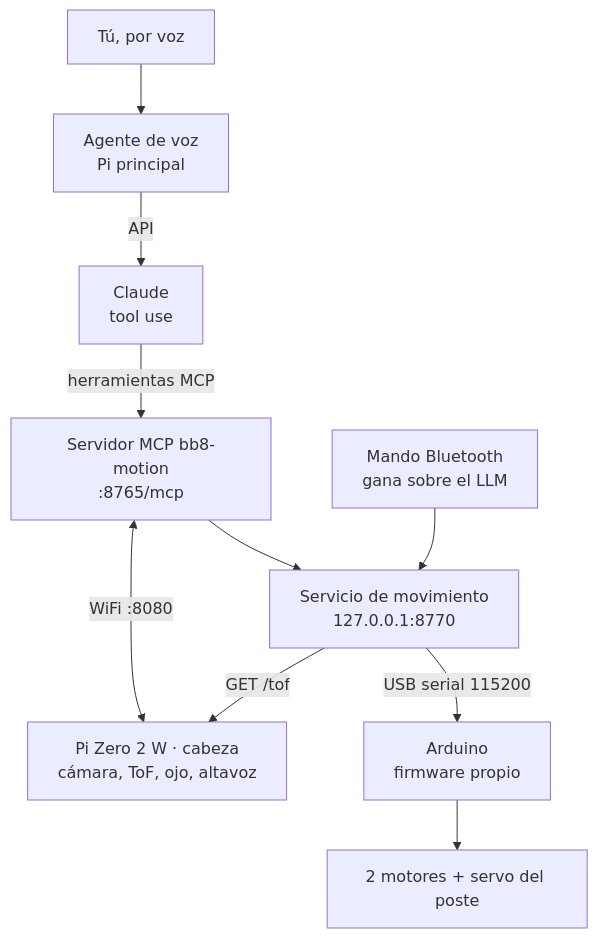
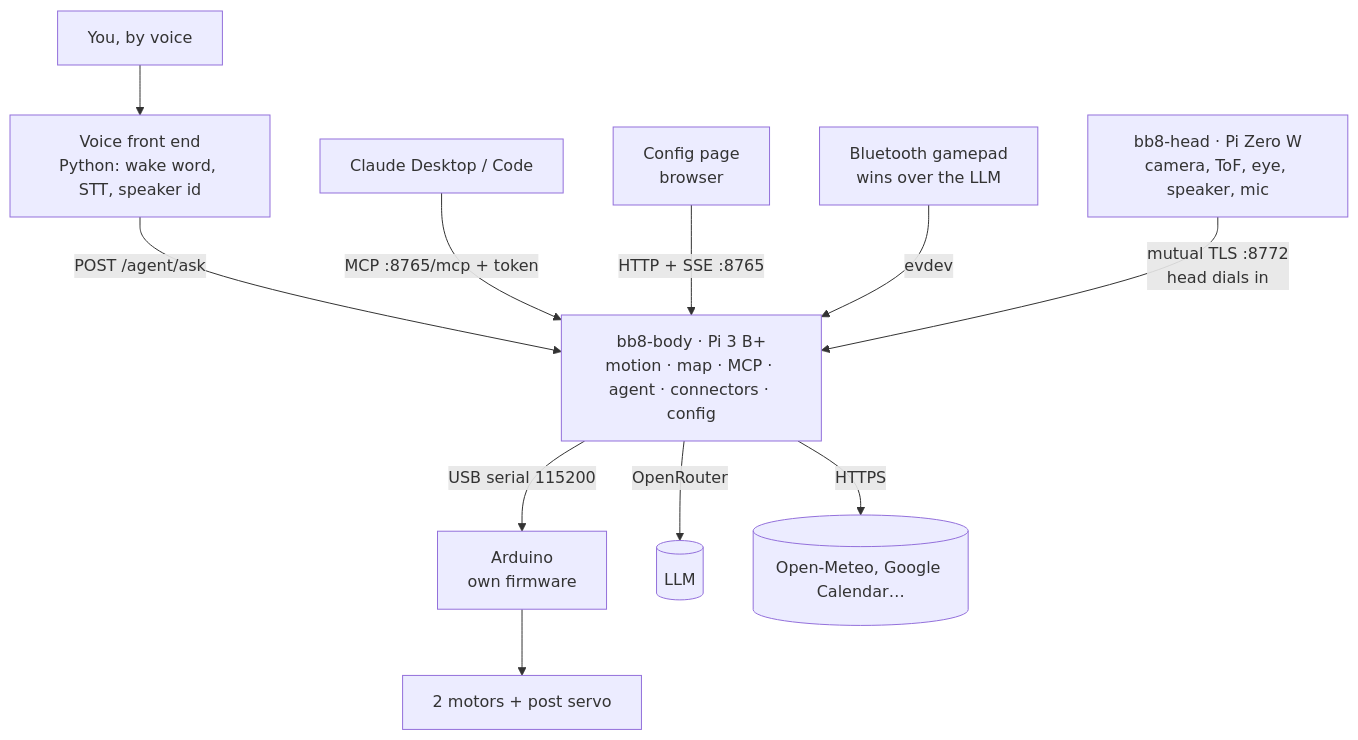
Before and after one commit to erickdsama/bb8: the diagram in wiki/Arquitectura.md, drawn with Mermaid. The commit also changed other lines of this file and 98 other files, not shown here.

First line of the commit message:
Port robot software to Go: bb8-body, bb8-head, secure link, config, agent

````diff
--- a/wiki/Arquitectura.md
+++ b/wiki/Arquitectura.md
@@ -8,12 +7,14 @@
 ```mermaid
 flowchart TD
-  U[Tú, por voz] --> AG[Agente de voz<br/>Pi principal]
-  AG -->|API| LLM[Claude<br/>tool use]
-  LLM -->|herramientas MCP| MCP[Servidor MCP bb8-motion<br/>:8765/mcp]
-  J[Mando Bluetooth<br/>gana sobre el LLM] --> MS[Servicio de movimiento<br/>127.0.0.1:8770]
-  MCP --> MS
-  MS -->|USB serial 115200| AR[Arduino<br/>firmware propio]
-  AR --> M[2 motores + servo del poste]
-  MCP <-->|WiFi :8080| Z[Pi Zero 2 W · cabeza<br/>cámara, ToF, ojo, altavoz]
-  MS -->|GET /tof| Z
+  U[You, by voice] --> VZ[Voice front end<br/>Python: wake word, STT, speaker id]
+  VZ -->|POST /agent/ask| B
+  CL[Claude Desktop / Code] -->|MCP :8765/mcp + token| B
+  WEB[Config page<br/>browser] -->|HTTP + SSE :8765| B
+  J[Bluetooth gamepad<br/>wins over the LLM] -->|evdev| B
+  B[bb8-body · Pi 3 B+<br/>motion · map · MCP · agent · connectors · config]
+  B -->|USB serial 115200| AR[Arduino<br/>own firmware]
+  AR --> M[2 motors + post servo]
+  H[bb8-head · Pi Zero W<br/>camera, ToF, eye, speaker, mic] -->|mutual TLS :8772<br/>head dials in| B
+  B -->|OpenRouter| LLM[(LLM)]
+  B -->|HTTPS| EXT[(Open-Meteo, Google Calendar…)]
 ```
````
